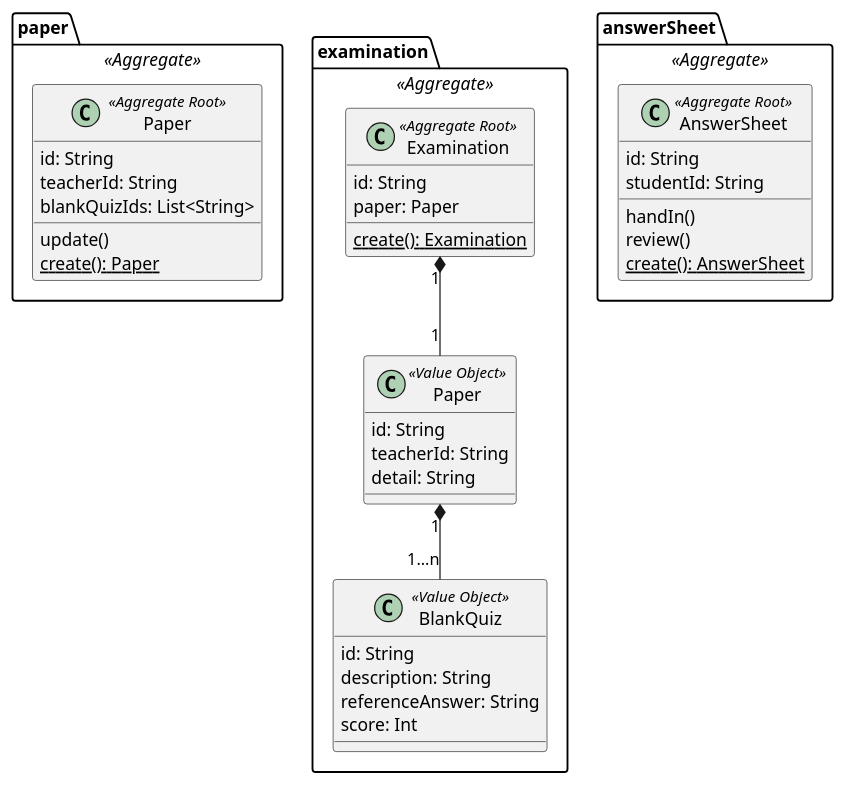
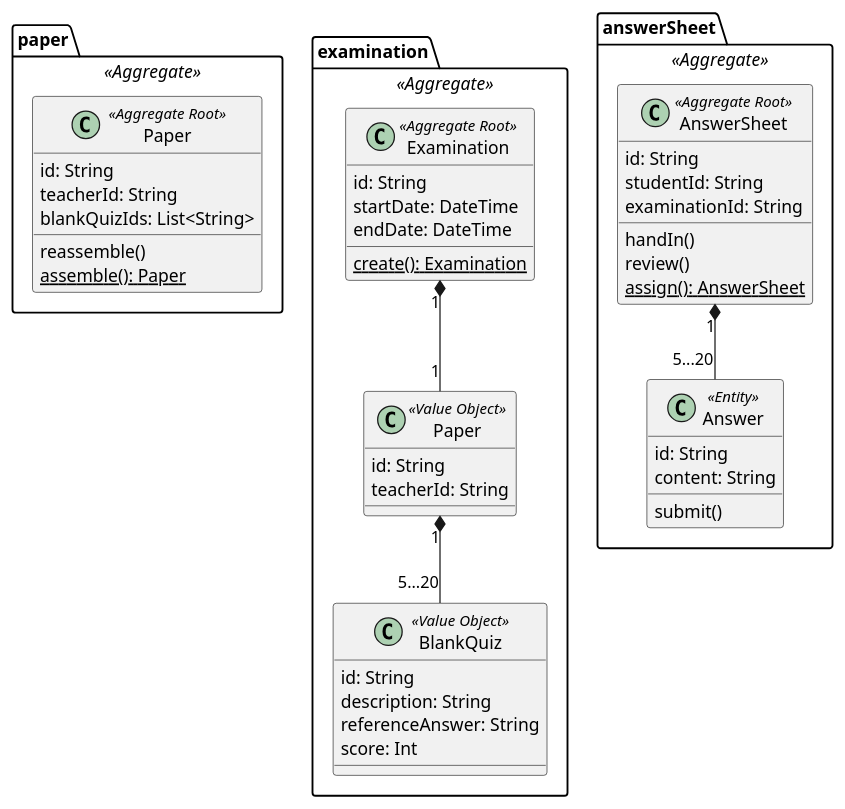
Before and after one commit to YoungForWP/exam-plantform: the diagram in design/demo.puml, drawn with PlantUML.

Commit message:
Update the uml again

```diff
--- a/design/demo.puml
+++ b/design/demo.puml
@@ -1,48 +1,56 @@
 @startuml
 
 package paper <<Aggregate>> {
     class Paper <<Aggregate Root>> {
         id: String
         teacherId: String
         blankQuizIds: List<String>
-        update()
-        {static} create(): Paper
+        reassemble()
+        {static} assemble(): Paper
     }
 }
 
 package examination <<Aggregate>>  {
 
     class Examination <<Aggregate Root>> {
         id: String
-        paper: Paper
+        startDate: DateTime
+        endDate: DateTime
         {static} create(): Examination
     }
 
     class "Paper" as p <<Value Object>>{
         id: String
         teacherId: String
-        detail: String
     }
 
     class "BlankQuiz" as b <<Value Object>> {
         id: String
         description: String
         referenceAnswer: String
         score: Int
     }
 
     Examination "1" *-- "1" p
-    p "1" *-- "1...n" b
+    p "1" *-- "5...20" b
 }
 
 package answerSheet <<Aggregate>> {
     class AnswerSheet <<Aggregate Root>> {
         id: String
         studentId: String
+        examinationId: String
         handIn()
         review()
-        {static} create(): AnswerSheet
+        {static} assign(): AnswerSheet
     }
+
+    class "Answer" <<Entity>> {
+        id: String
+        content: String
+        submit()
+    }
+    AnswerSheet "1" *-- "5...20" Answer
 }
 
 @enduml
```
